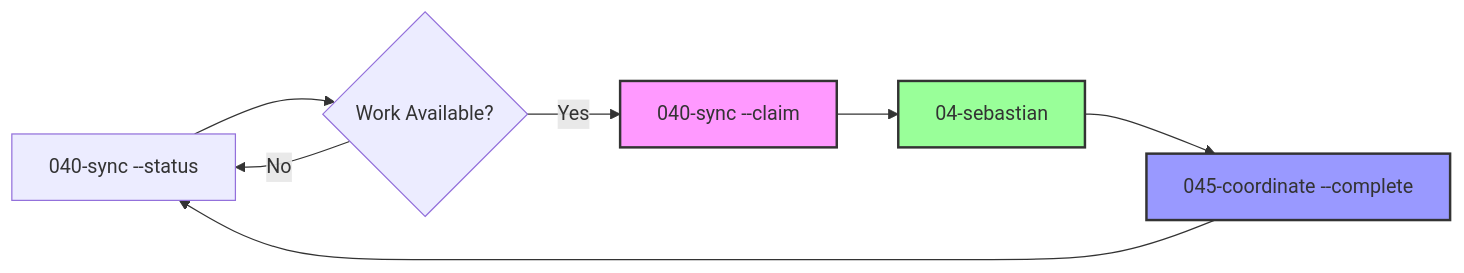
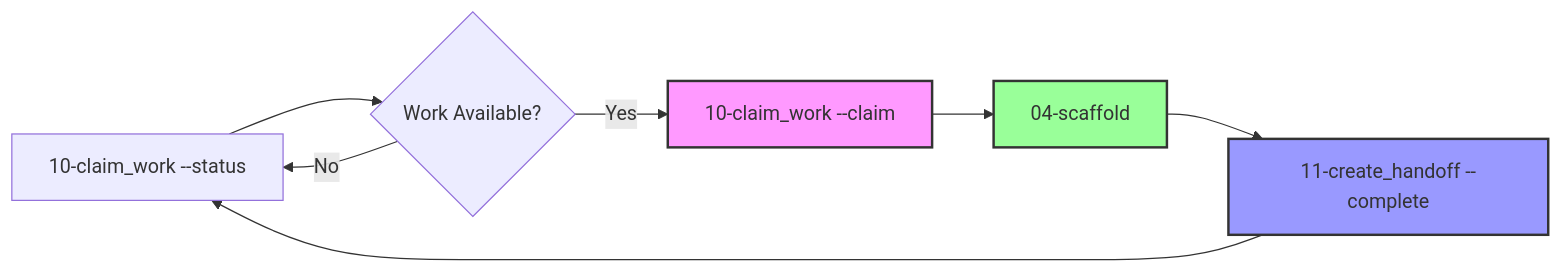
The second of 2 diagrams in commands/README.md (benpchandler/nexus), drawn with Mermaid before and after one commit. The commit also changed other lines of this file and 31 other files, not shown here.

````diff
--- a/commands/README.md
+++ b/commands/README.md
@@ -310,13 +314,13 @@
 ```mermaid
 graph LR
-    A[040-sync --status] --> B{Work Available?}
-    B -->|Yes| C[040-sync --claim]
+    A[10-claim_work --status] --> B{Work Available?}
+    B -->|Yes| C[10-claim_work --claim]
     B -->|No| A
-    C --> D[04-sebastian]
-    D --> E[045-coordinate --complete]
+    C --> D[04-scaffold]
+    D --> E[11-create_handoff --complete]
     E --> A
     
     style C fill:#f9f,stroke:#333,stroke-width:2px
     style D fill:#9f9,stroke:#333,stroke-width:2px
     style E fill:#99f,stroke:#333,stroke-width:2px
 ```
````
